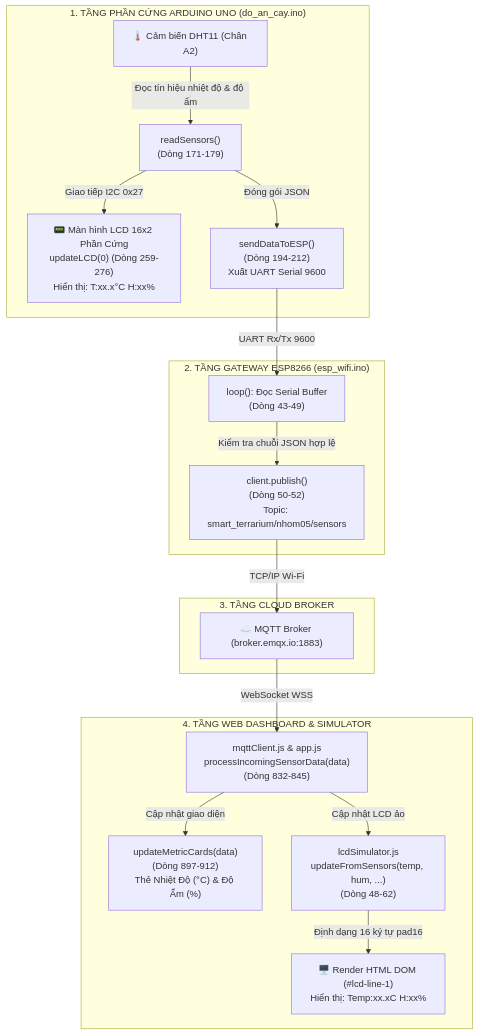
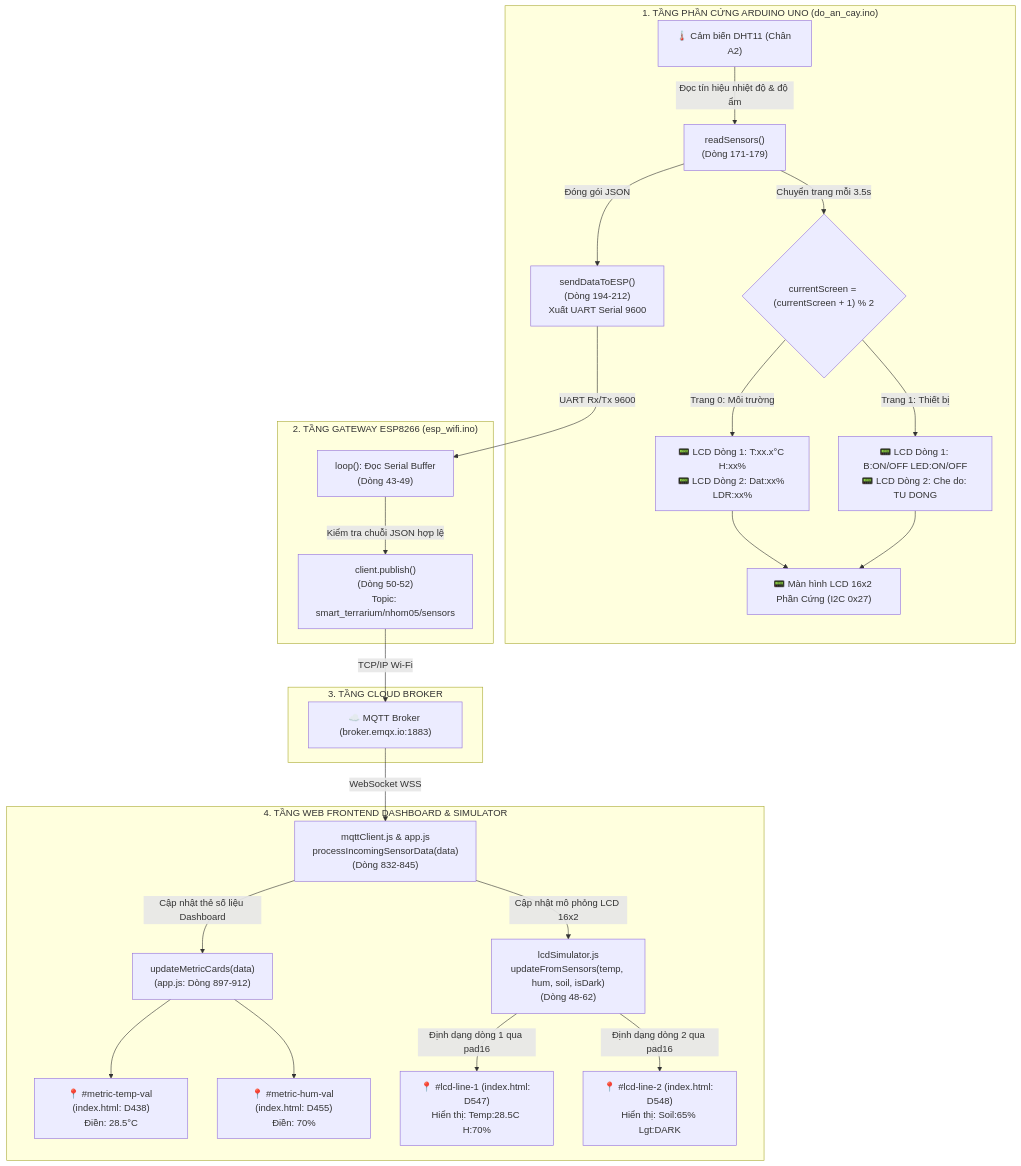
The first of 4 diagrams in BAO_CAO_FLOW_CODE.md (vothuctri/web_vlcntt), drawn with Mermaid before and after one commit. The commit also changed other lines of this file, not shown here.

````diff
--- a/BAO_CAO_FLOW_CODE.md
+++ b/BAO_CAO_FLOW_CODE.md
@@ -37,26 +37,36 @@
 ```mermaid
 flowchart TD
     subgraph HARDWARE_UNO ["1. TẦNG PHẦN CỨNG ARDUINO UNO (do_an_cay.ino)"]
         DHT["🌡️ Cảm biến DHT11 (Chân A2)"] -->|"Đọc tín hiệu nhiệt độ & độ ẩm"| UNO_READ["readSensors()<br>(Dòng 171-179)"]
-        UNO_READ -->|"Giao tiếp I2C 0x27"| LCD_HW["📟 Màn hình LCD 16x2 Phần Cứng<br>updateLCD(0) (Dòng 259-276)<br>Hiển thị: T:xx.x°C H:xx%"]
+        
+        UNO_READ -->|"Chuyển trang mỗi 3.5s"| LCD_PAGE{"currentScreen = (currentScreen + 1) % 2"}
+        LCD_PAGE -->|"Trang 0: Môi trường"| LCD_P0["📟 LCD Dòng 1: T:xx.x°C H:xx%<br>📟 LCD Dòng 2: Dat:xx% LDR:xx%"]
+        LCD_PAGE -->|"Trang 1: Thiết bị"| LCD_P1["📟 LCD Dòng 1: B:ON/OFF LED:ON/OFF<br>📟 LCD Dòng 2: Che do: TU DONG"]
+        
+        LCD_P0 --> LCD_HW["📟 Màn hình LCD 16x2 Phần Cứng (I2C 0x27)"]
+        LCD_P1 --> LCD_HW
+
         UNO_READ -->|"Đóng gói JSON"| UNO_SEND["sendDataToESP()<br>(Dòng 194-212)<br>Xuất UART Serial 9600"]
     end
 
     subgraph GATEWAY_ESP ["2. TẦNG GATEWAY ESP8266 (esp_wifi.ino)"]
         UNO_SEND -->|"UART Rx/Tx 9600"| ESP_READ["loop(): Đọc Serial Buffer<br>(Dòng 43-49)"]
         ESP_READ -->|"Kiểm tra chuỗi JSON hợp lệ"| ESP_PUB["client.publish()<br>(Dòng 50-52)<br>Topic: smart_terrarium/nhom05/sensors"]
     end
 
     subgraph CLOUD_BROKER ["3. TẦNG CLOUD BROKER"]
         ESP_PUB -->|"TCP/IP Wi-Fi"| BROKER["☁️ MQTT Broker (broker.emqx.io:1883)"]
     end
 
-    subgraph WEB_DASHBOARD ["4. TẦNG WEB DASHBOARD & SIMULATOR"]
+    subgraph WEB_DASHBOARD ["4. TẦNG WEB FRONTEND DASHBOARD & SIMULATOR"]
         BROKER -->|"WebSocket WSS"| WEB_RECV["mqttClient.js & app.js<br>processIncomingSensorData(data)<br>(Dòng 832-845)"]
         
-        WEB_RECV -->|"Cập nhật giao diện"| WEB_METRIC["updateMetricCards(data)<br>(Dòng 897-912)<br>Thẻ Nhiệt Độ (°C) & Độ Ẩm (%)"]
-        
-        WEB_RECV -->|"Cập nhật LCD ảo"| LCD_SIM["lcdSimulator.js<br>updateFromSensors(temp, hum, ...)<br>(Dòng 48-62)"]
-        LCD_SIM -->|"Định dạng 16 ký tự pad16"| LCD_DOM["🖥️ Render HTML DOM (#lcd-line-1)<br>Hiển thị: Temp:xx.xC H:xx%"]
+        WEB_RECV -->|"Cập nhật thẻ số liệu Dashboard"| WEB_METRIC["updateMetricCards(data)<br>(app.js: Dòng 897-912)"]
+        WEB_METRIC --> DOM_TEMP["📍 #metric-temp-val (index.html: D438)<br>Điền: 28.5°C"]
+        WEB_METRIC --> DOM_HUM["📍 #metric-hum-val (index.html: D455)<br>Điền: 70%"]
+
+        WEB_RECV -->|"Cập nhật mô phỏng LCD 16x2"| LCD_SIM["lcdSimulator.js<br>updateFromSensors(temp, hum, soil, isDark)<br>(Dòng 48-62)"]
+        LCD_SIM -->|"Định dạng dòng 1 qua pad16"| DOM_LCD1["📍 #lcd-line-1 (index.html: D547)<br>Hiển thị: Temp:28.5C H:70%"]
+        LCD_SIM -->|"Định dạng dòng 2 qua pad16"| DOM_LCD2["📍 #lcd-line-2 (index.html: D548)<br>Hiển thị: Soil:65% Lgt:DARK"]
     end
 ```
````
